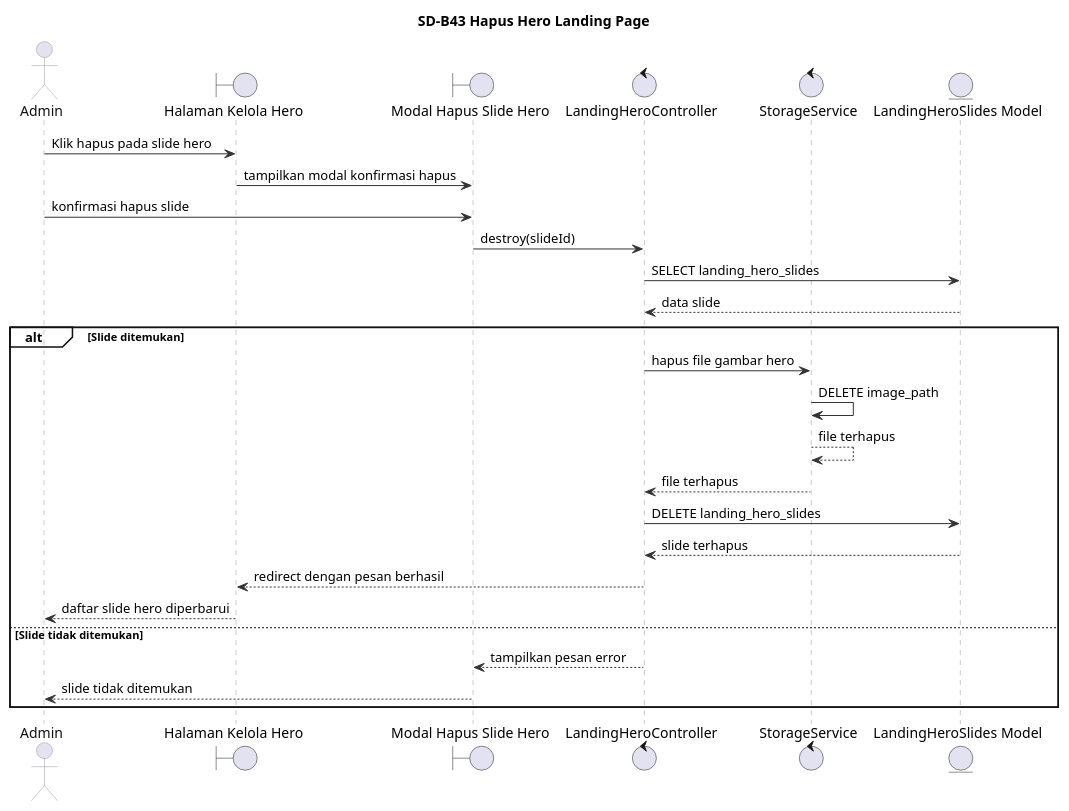
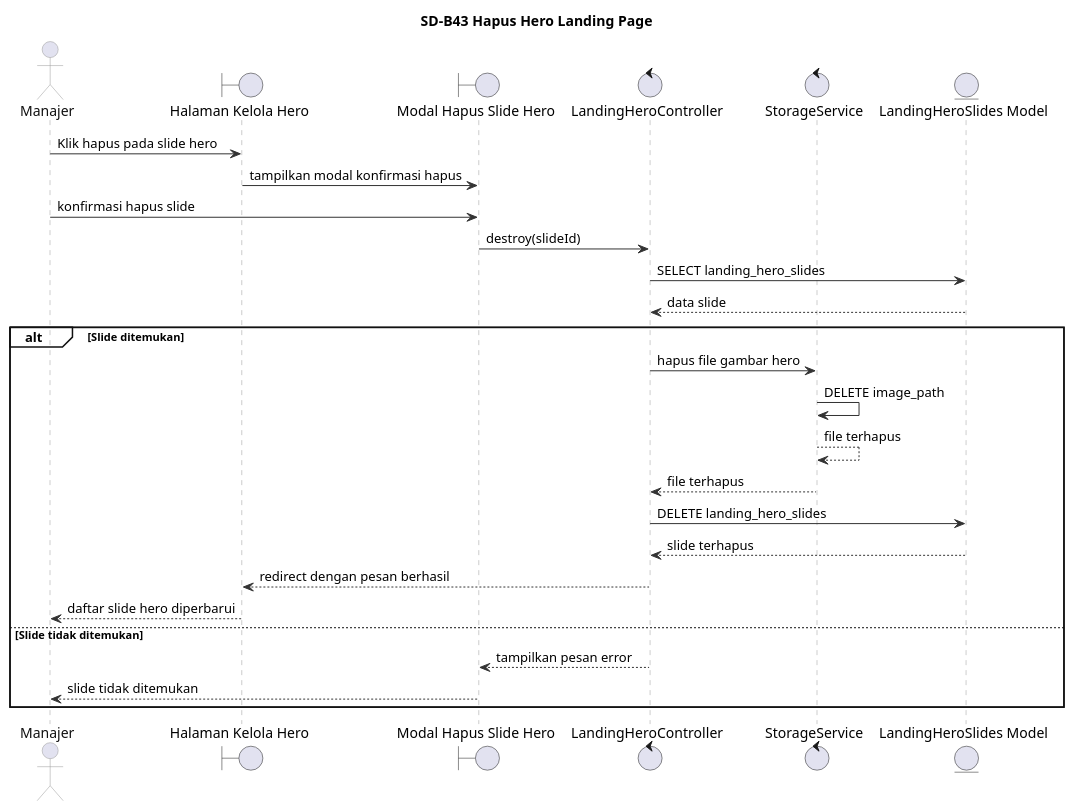
One commit to Fajrinputra/alterstudio-ta changed the diagram in diagrams/sequence/SD-B43.puml. Above: the diagram before and after it, drawn with PlantUML. The commit also changed 74 other files, not shown here.

```diff
--- a/diagrams/sequence/SD-B43.puml
+++ b/diagrams/sequence/SD-B43.puml
@@ -1,48 +1,48 @@
 @startuml
 title SD-B43 Hapus Hero Landing Page
 
 skinparam backgroundColor white
 skinparam shadowing false
 skinparam BoxPadding 4
 skinparam sequence {
     ArrowColor #333333
     LifeLineBorderColor #999999
     LifeLineBackgroundColor white
     ParticipantBorderColor #999999
     ParticipantBackgroundColor #ECEEF8
     ParticipantFontColor #111111
     ActorBorderColor #999999
     ActorFontColor #111111
     GroupBorderColor #111111
     GroupBackgroundColor transparent
 }
 
-actor "Admin" as Admin
+actor "Manajer" as Manajer
 boundary "Halaman Kelola Hero" as HalamanHero
 boundary "Modal Hapus Slide Hero" as ModalHapus
 control "LandingHeroController" as LandingHeroController
 control "StorageService" as StorageService
 entity "LandingHeroSlides Model" as LandingHeroSlide
 
-Admin -> HalamanHero : Klik hapus pada slide hero
+Manajer -> HalamanHero : Klik hapus pada slide hero
 HalamanHero -> ModalHapus : tampilkan modal konfirmasi hapus
-Admin -> ModalHapus : konfirmasi hapus slide
+Manajer -> ModalHapus : konfirmasi hapus slide
 ModalHapus -> LandingHeroController : destroy(slideId)
 LandingHeroController -> LandingHeroSlide : SELECT landing_hero_slides
 LandingHeroSlide --> LandingHeroController : data slide
 
 alt Slide ditemukan
     LandingHeroController -> StorageService : hapus file gambar hero
     StorageService -> StorageService : DELETE image_path
     StorageService --> StorageService : file terhapus
     StorageService --> LandingHeroController : file terhapus
     LandingHeroController -> LandingHeroSlide : DELETE landing_hero_slides
     LandingHeroSlide --> LandingHeroController : slide terhapus
     LandingHeroController --> HalamanHero : redirect dengan pesan berhasil
-    HalamanHero --> Admin : daftar slide hero diperbarui
+    HalamanHero --> Manajer : daftar slide hero diperbarui
 else Slide tidak ditemukan
     LandingHeroController --> ModalHapus : tampilkan pesan error
-    ModalHapus --> Admin : slide tidak ditemukan
+    ModalHapus --> Manajer : slide tidak ditemukan
 end
 
 @enduml
```
